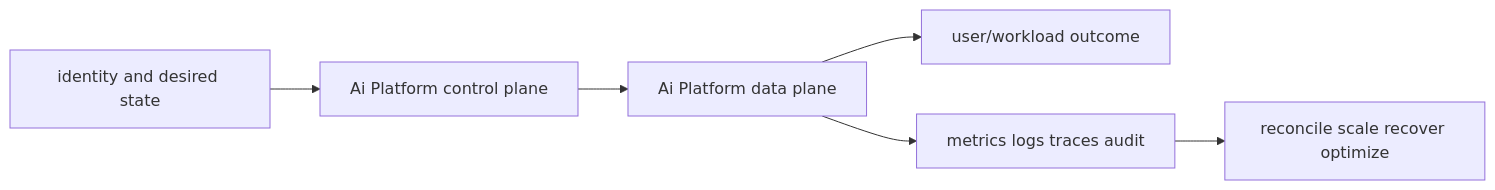
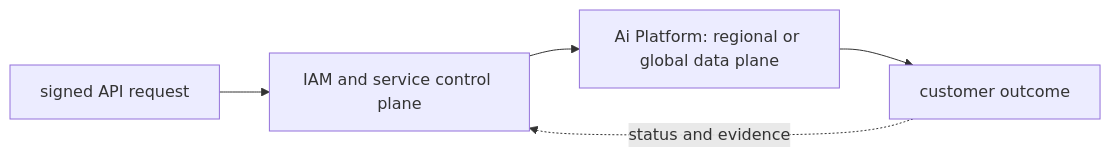
One commit to tomkidumbuyo/DevOps-interview-preparation changed the second of 2 diagrams in 07-aws/11-ai-platform/README.md. Above: the diagram before and after it, drawn with Mermaid. The commit also changed other lines of this file and 753 other files, not shown here.

````diff
--- a/07-aws/11-ai-platform/README.md
+++ b/07-aws/11-ai-platform/README.md
@@ -39,8 +50,7 @@
 ```mermaid
 flowchart LR
-  I[identity and desired state] --> C[Ai Platform control plane]
-  C --> D[Ai Platform data plane]
-  D --> U[user/workload outcome]
-  D --> O[metrics logs traces audit]
-  O --> R[reconcile scale recover optimize]
+  A["signed API request"] --> B["IAM and service control plane"]
+  B --> C["Ai Platform: regional or global data plane"]
+  C --> D["customer outcome"]
+  D -. "status and evidence" .-> B
 ```
````
